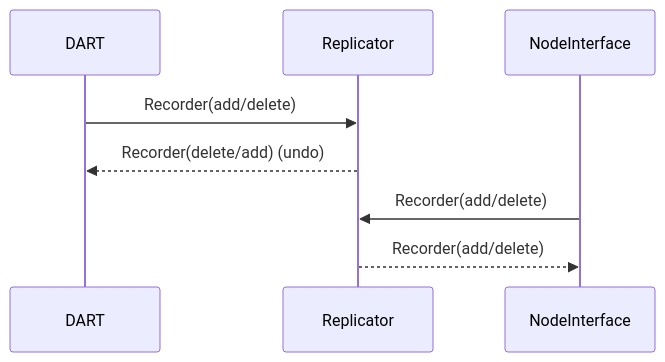
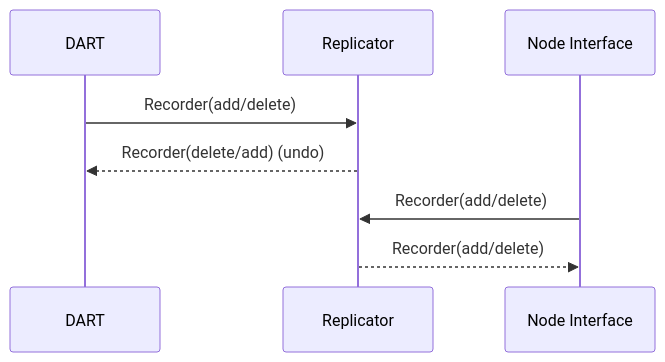
The diagram in documents/architecture/Replicator.md (tagion/tagion), drawn with Mermaid before and after one commit. The commit also changed other lines of this file, not shown here.

Commit message:
Update to replicator

`````diff
--- a/documents/architecture/Replicator.md
+++ b/documents/architecture/Replicator.md
@@ -17,10 +17,10 @@
 ```mermaid
 sequenceDiagram
     participant DART 
     participant Replicator
-    participant NodeInterface
+    participant Node Interface
     DART ->> Replicator: Recorder(add/delete)
     Replicator -->> DART: Recorder(delete/add) (undo)
-    NodeInterface ->> Replicator: Recorder(add/delete)
-    Replicator -->> NodeInterface: Recorder(add/delete) 
+    Node Interface ->> Replicator: Recorder(add/delete)
+    Replicator -->> Node Interface: Recorder(add/delete) 
 ````
`````
